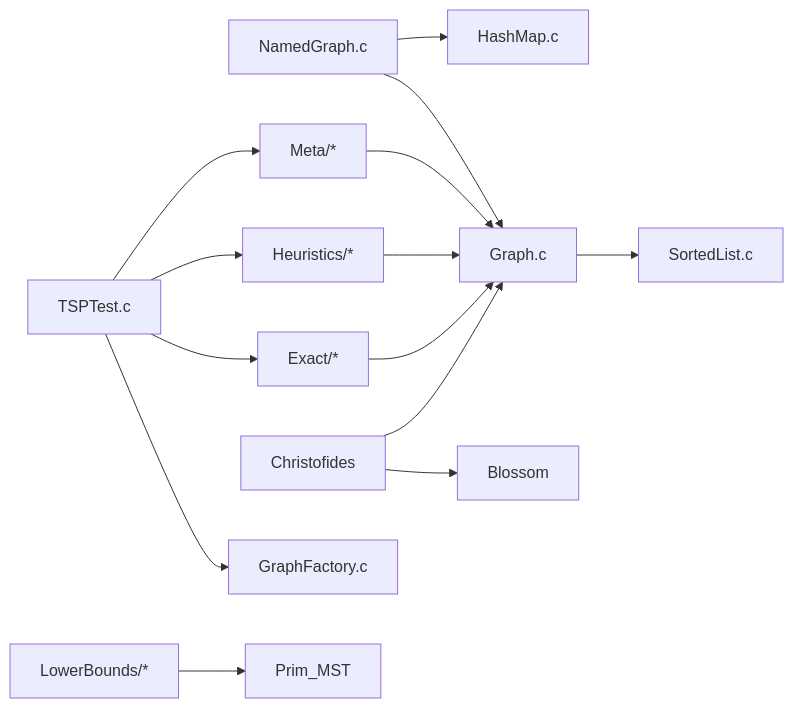
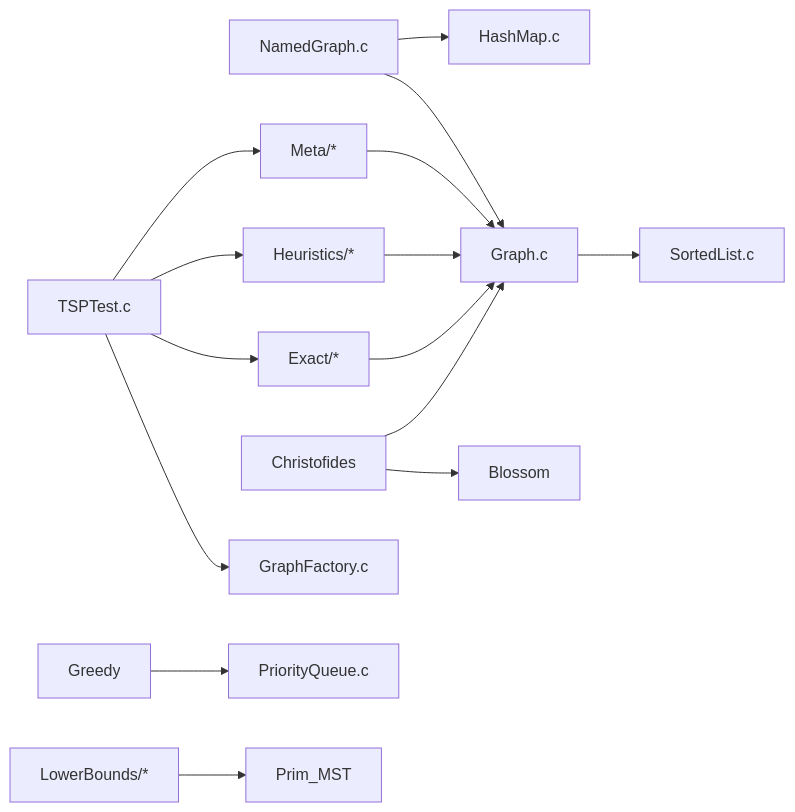
The third of 3 diagrams in docs/ARCHITECTURE.md (nelsonramosua/TSP), drawn with Mermaid before and after one commit. The commit also changed other lines of this file and 29 other files, not shown here.

Commit message:
add make codeql, bump all CI actions to latest, refresh docs & diagrams

````diff
--- a/docs/ARCHITECTURE.md
+++ b/docs/ARCHITECTURE.md
@@ -63,19 +65,20 @@
 ```mermaid
 graph LR
     Graph[Graph.c] --> SortedList[SortedList.c]
     NamedGraph[NamedGraph.c] --> Graph
     NamedGraph --> HashMap[HashMap.c]
     
     Exact[Exact/*] --> Graph
     Heuristic[Heuristics/*] --> Graph
     Meta[Meta/*] --> Graph
     
     Christofides[Christofides] --> Blossom[Blossom]
     Christofides[Christofides] --> Graph
+    Greedy[Greedy] --> PriorityQueue[PriorityQueue.c]
     Bounds[LowerBounds/*] --> Prim[Prim_MST]
     
     Test[TSPTest.c] --> Factory[GraphFactory.c]
     Test --> Exact
     Test --> Heuristic
     Test --> Meta
 ```
````
